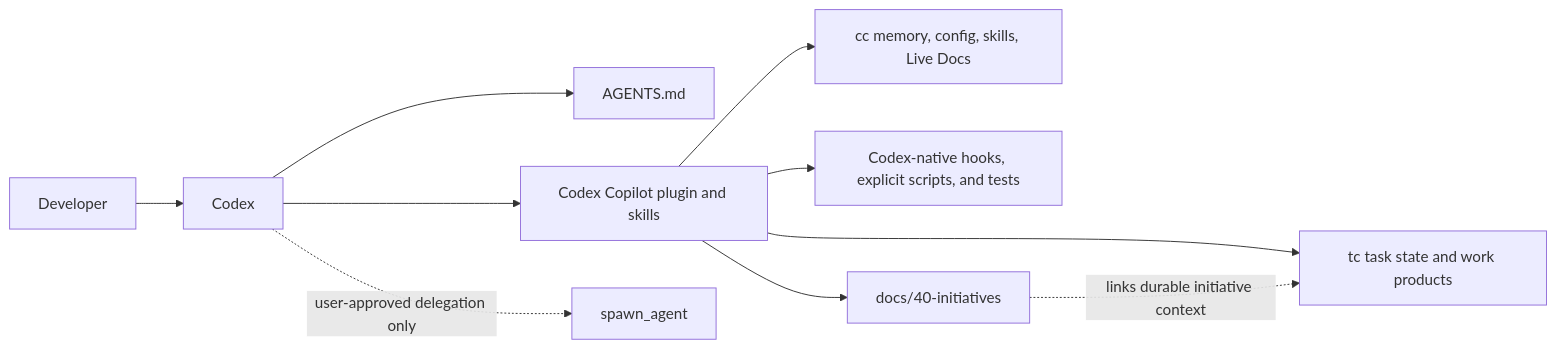
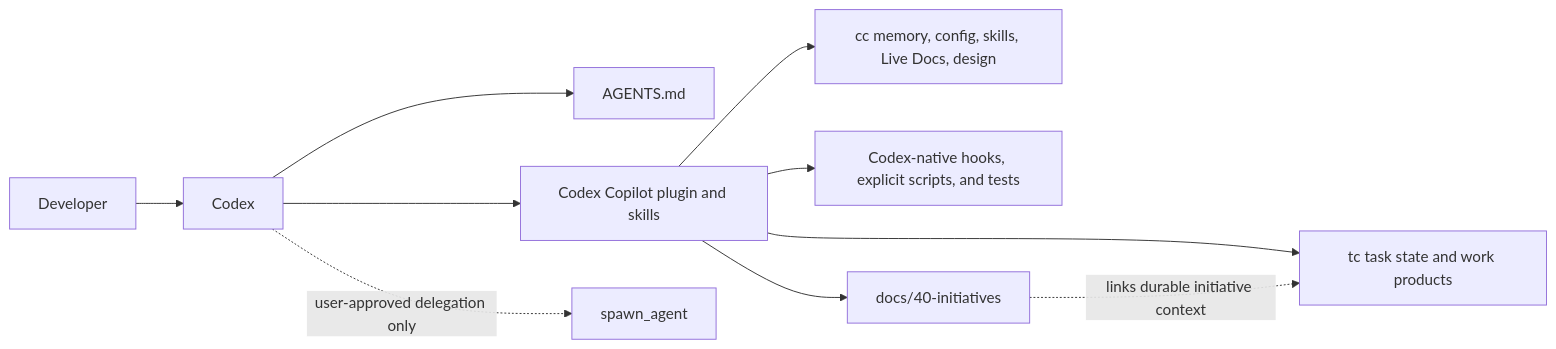
Before and after one commit to Everyone-Needs-A-Copilot/codex-copilot: the diagram in docs/04-architecture/00-overview.md, drawn with Mermaid. The commit also changed other lines of this file and 25 other files, not shown here.

````diff
--- a/docs/04-architecture/00-overview.md
+++ b/docs/04-architecture/00-overview.md
@@ -123,12 +131,12 @@
 ```mermaid
 flowchart LR
     U[Developer] --> C[Codex]
     C --> A[AGENTS.md]
     C --> P[Codex Copilot plugin and skills]
     P --> TC[tc task state and work products]
-    P --> CC[cc memory, config, skills, Live Docs]
+    P --> CC[cc memory, config, skills, Live Docs, design]
     P --> S[Codex-native hooks, explicit scripts, and tests]
     P --> I[docs/40-initiatives]
     I -. links durable initiative context .-> TC
     C -. user-approved delegation only .-> SA[spawn_agent]
 ```
````
